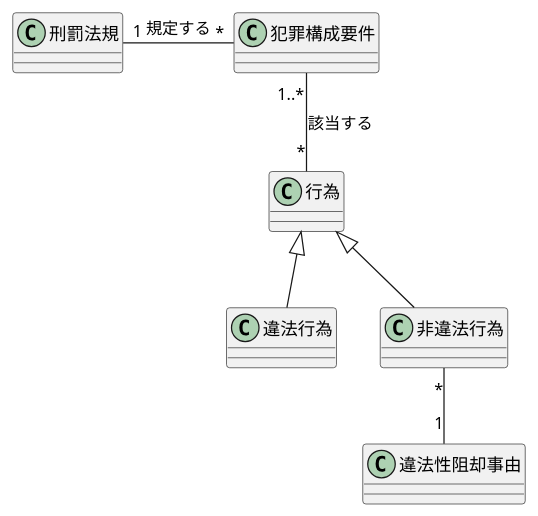
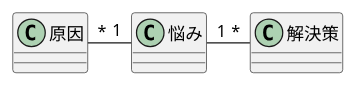
One commit to yinm/uml-modeling-lesson changed the diagram in ch14/sample.puml. Above: the diagram before and after it, drawn with PlantUML.

Commit message:
Add lesson51

```diff
--- a/ch14/sample.puml
+++ b/ch14/sample.puml
@@ -1,16 +1,10 @@
 @startuml
 
-class 刑罰法規
-class 犯罪構成要件
-class 行為
-class 違法行為
-class 非違法行為
-class 違法性阻却事由
+class 原因
+class 悩み
+class 解決策
 
-刑罰法規 "1"-r-"*" 犯罪構成要件 : 規定する
-犯罪構成要件 "1..*"--"*" 行為 : 該当する
-違法行為 -u-|> 行為
-非違法行為 -u-|> 行為
-非違法行為 "*"--"1" 違法性阻却事由
+原因 "*"-r-"1" 悩み
+悩み "1"-r-"*" 解決策
 
 @enduml
```
